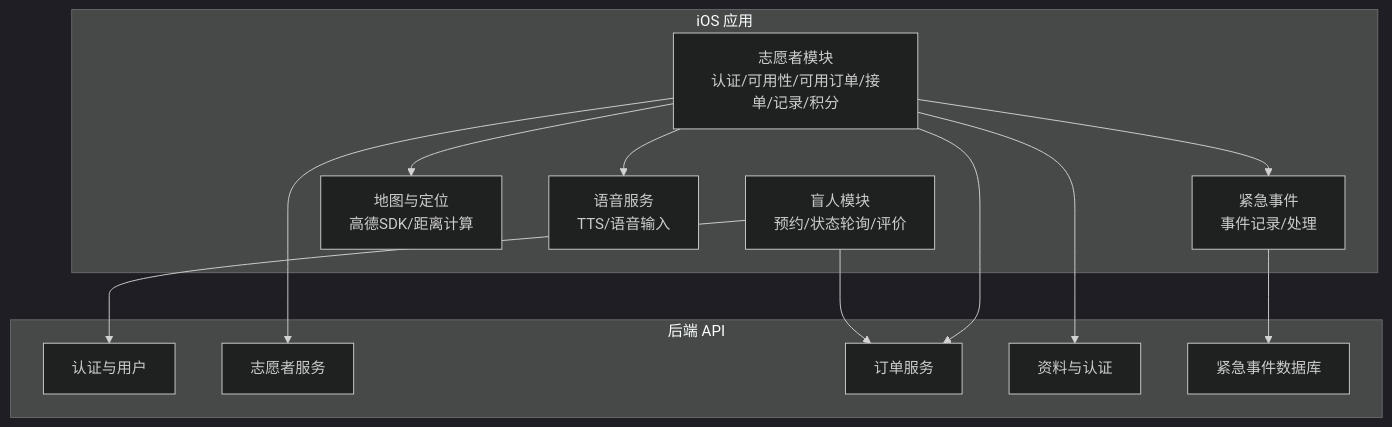
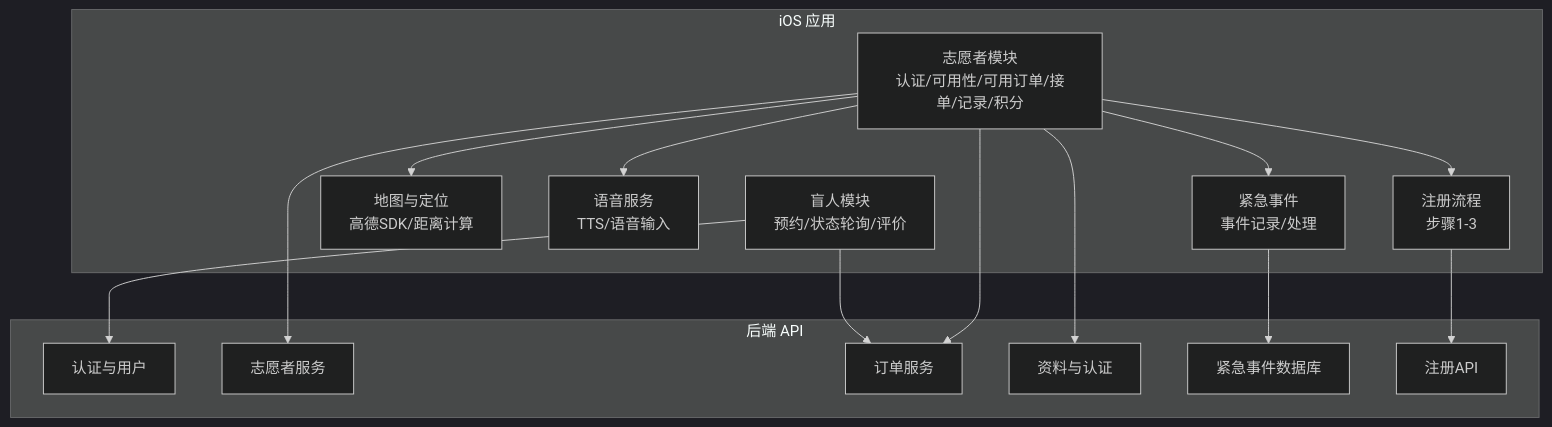
The first of 14 diagrams in .qoder/repowiki/zh/content/核心功能模块/志愿者功能/志愿者功能.md (Jayden23018/blind-run-ios), drawn with Mermaid (dark theme) before and after one commit. The commit also changed other lines of this file and 22 other files, not shown here.

````diff
--- a/.qoder/repowiki/zh/content/核心功能模块/志愿者功能/志愿者功能.md
+++ b/.qoder/repowiki/zh/content/核心功能模块/志愿者功能/志愿者功能.md
@@ -75,26 +91,30 @@
 ```mermaid
 graph TB
 subgraph "iOS 应用"
 VR["志愿者模块<br/>认证/可用性/可用订单/接单/记录/积分"]
 BR["盲人模块<br/>预约/状态轮询/评价"]
 MAP["地图与定位<br/>高德SDK/距离计算"]
 VOICE["语音服务<br/>TTS/语音输入"]
 EMER["紧急事件<br/>事件记录/处理"]
+REG["注册流程<br/>步骤1-3"]
 end
 subgraph "后端 API"
 AUTH["认证与用户"]
 VOL["志愿者服务"]
 ORD["订单服务"]
 PROF["资料与认证"]
 EMERDB["紧急事件数据库"]
+REGAPI["注册API"]
 end
 VR --> VOL
 VR --> ORD
 VR --> PROF
 VR --> MAP
 VR --> VOICE
 VR --> EMER
+VR --> REG
 BR --> ORD
 BR --> AUTH
 EMER --> EMERDB
+REG --> REGAPI
 ```
````
